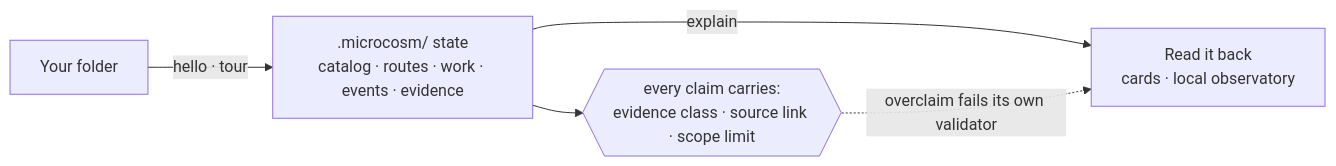
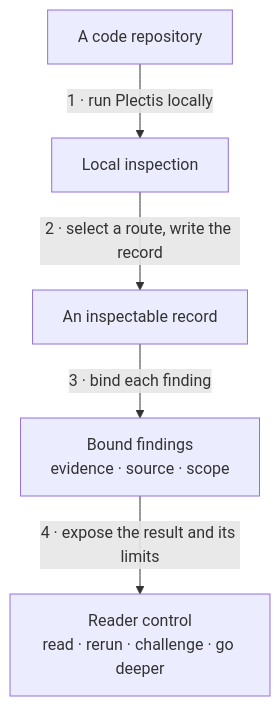
One commit to wcook04/plectis changed the diagram in README.md. Above: the diagram before and after it, drawn with Mermaid. The commit also changed other lines of this file and 969 other files, not shown here.

First line of the commit message:
Publish Plectis: sync public repo to validated commit-bound export

````diff
--- a/README.md
+++ b/README.md
@@ -70,7 +65,12 @@
 ```mermaid
-flowchart LR
-  A["Your folder"] -->|"hello · tour"| B[".microcosm/ state<br/>catalog · routes · work · events · evidence"]
-  B -->|"explain"| C["Read it back<br/>cards · local observatory"]
-  B --> D{{"every claim carries:<br/>evidence class · source link · scope limit"}}
-  D -.->|"overclaim fails its own validator"| C
+flowchart TD
+    A["A code repository"]
+    B["Local inspection"]
+    C["An inspectable record"]
+    D["Bound findings<br/>evidence · source · scope"]
+    E["Reader control<br/>read · rerun · challenge · go deeper"]
+    A -->|"1 · run Plectis locally"| B
+    B -->|"2 · select a route, write the record"| C
+    C -->|"3 · bind each finding"| D
+    D -->|"4 · expose the result and its limits"| E
 ```
````
